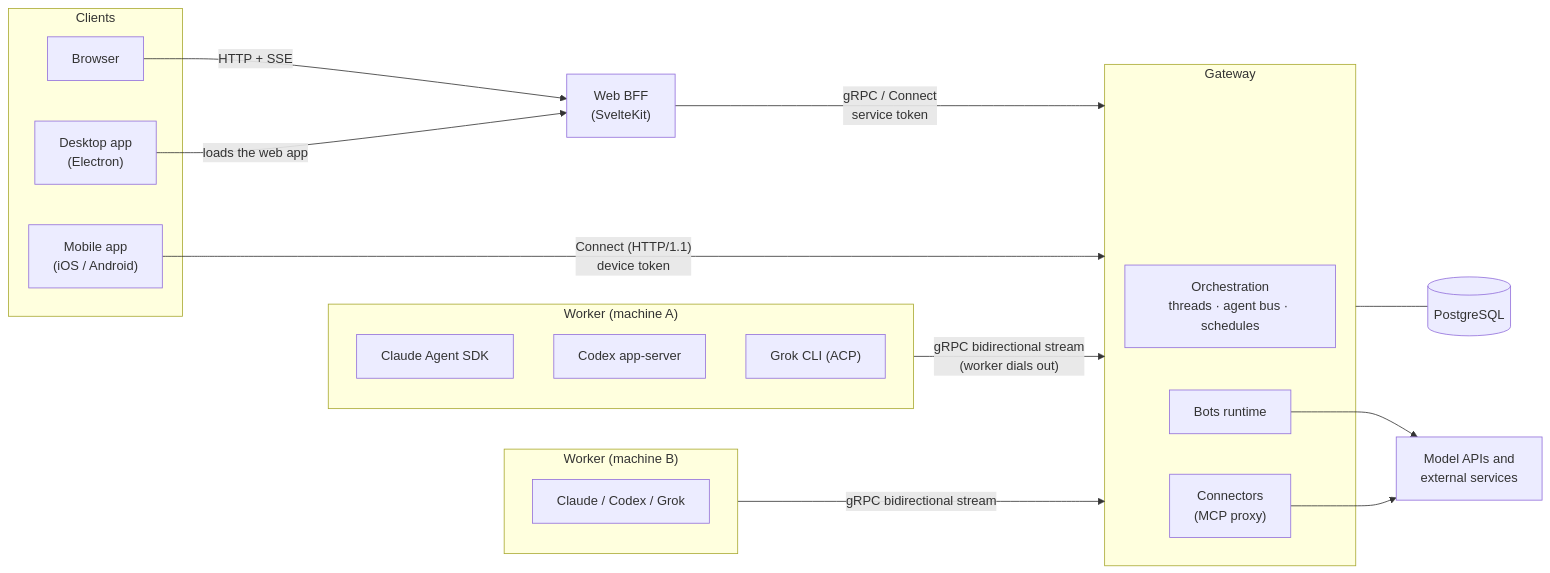
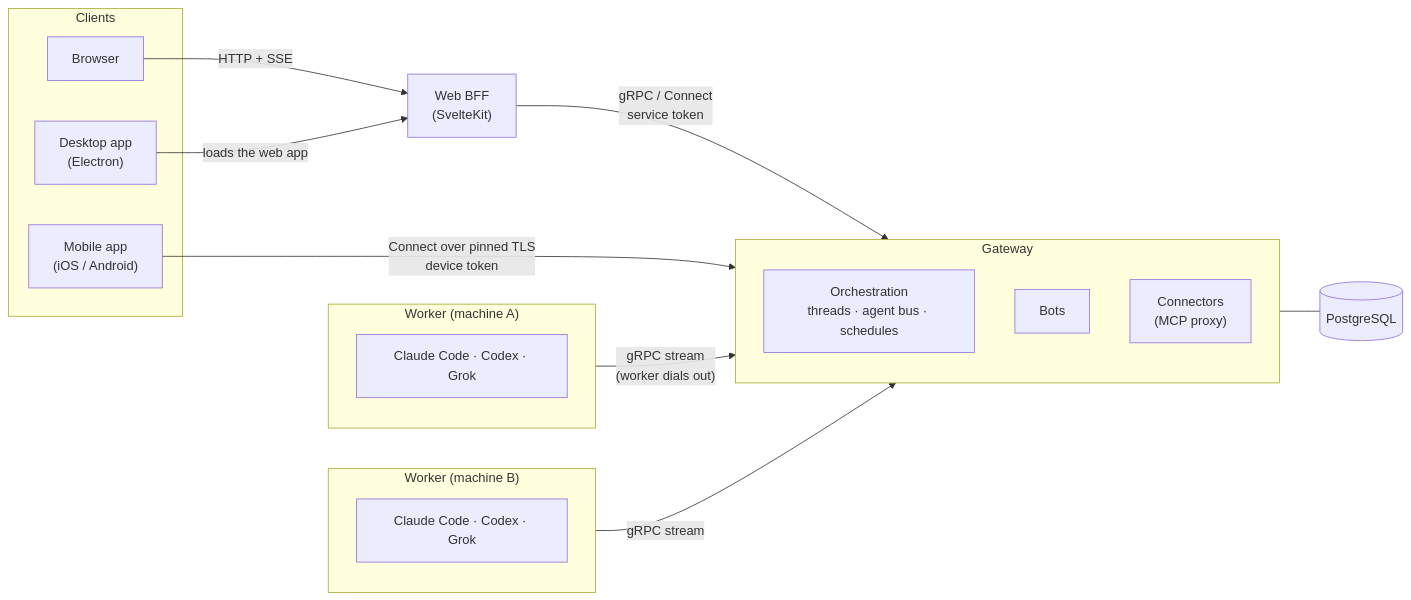
One commit to itsoltech/canopy changed the diagram in README.md. Above: the diagram before and after it, drawn with Mermaid. The commit also changed other lines of this file and 10 other files, not shown here.

````diff
--- a/README.md
+++ b/README.md
@@ -32,39 +85,33 @@
 ```mermaid
 flowchart LR
   subgraph Clients
     Browser["Browser"]
     Desktop["Desktop app<br/>(Electron)"]
     Mobile["Mobile app<br/>(iOS / Android)"]
   end
 
   Web["Web BFF<br/>(SvelteKit)"]
 
   subgraph GW["Gateway"]
     Core["Orchestration<br/>threads · agent bus · schedules"]
-    Bots["Bots runtime"]
+    Bots["Bots"]
     Conn["Connectors<br/>(MCP proxy)"]
   end
 
   DB[("PostgreSQL")]
 
   subgraph W1["Worker (machine A)"]
-    C1["Claude Agent SDK"]
-    X1["Codex app-server"]
-    G1["Grok CLI (ACP)"]
+    A1["Claude Code · Codex · Grok"]
   end
   subgraph W2["Worker (machine B)"]
-    C2["Claude / Codex / Grok"]
+    A2["Claude Code · Codex · Grok"]
   end
-
-  Ext["Model APIs and<br/>external services"]
 
   Browser -- "HTTP + SSE" --> Web
   Desktop -- "loads the web app" --> Web
   Web -- "gRPC / Connect<br/>service token" --> GW
-  Mobile -- "Connect (HTTP/1.1)<br/>device token" --> GW
+  Mobile -- "Connect over pinned TLS<br/>device token" --> GW
   GW --- DB
-  W1 -- "gRPC bidirectional stream<br/>(worker dials out)" --> GW
-  W2 -- "gRPC bidirectional stream" --> GW
-  Bots --> Ext
-  Conn --> Ext
+  W1 -- "gRPC stream<br/>(worker dials out)" --> GW
+  W2 -- "gRPC stream" --> GW
 ```
````
